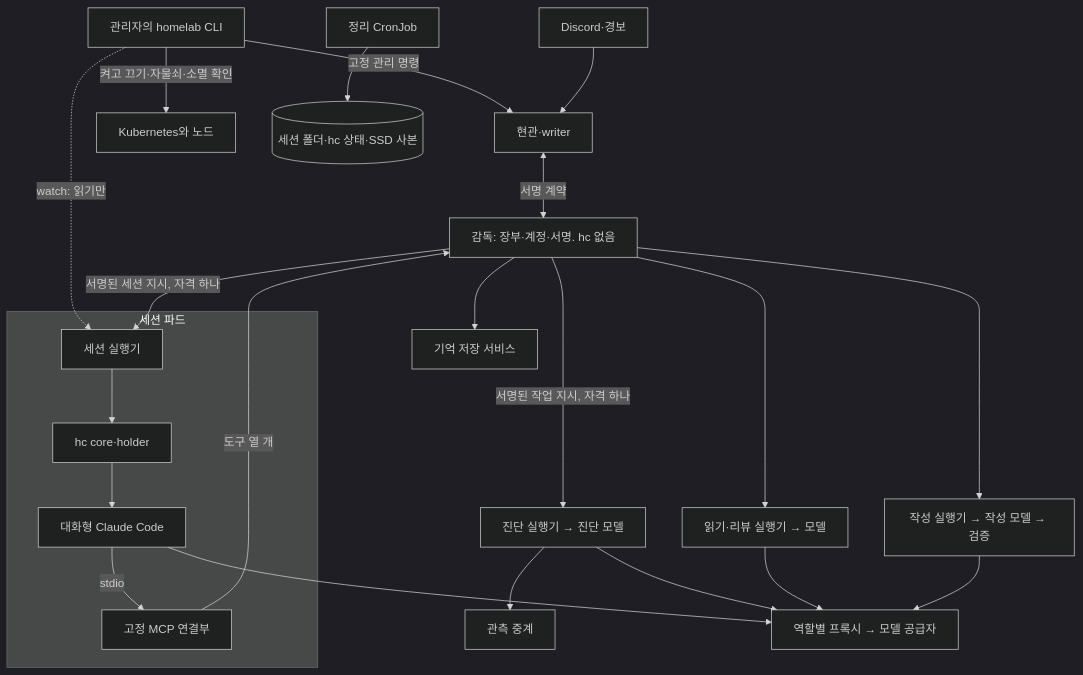
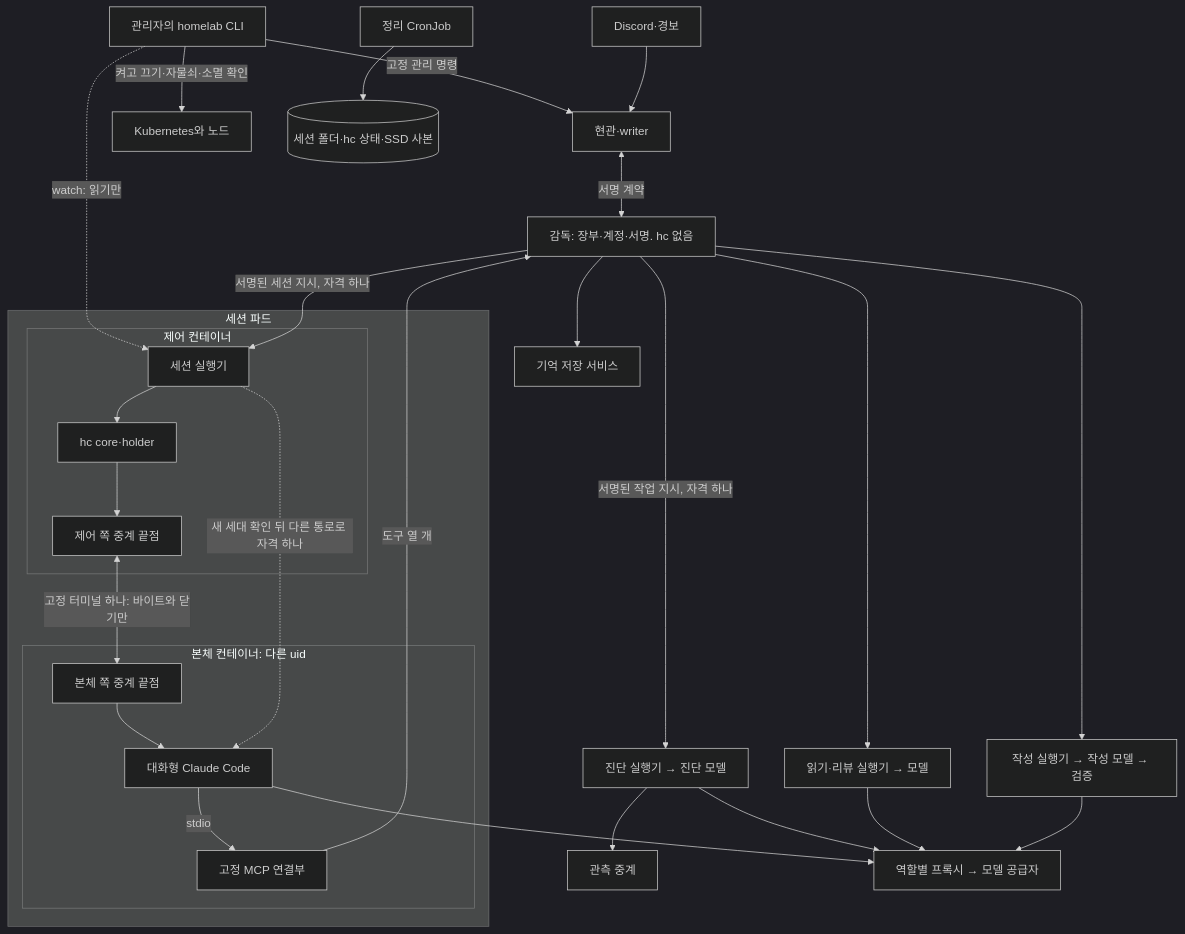
Before and after one commit to ukyi-app/homelab: the diagram in docs/plans/2026-11-13-olive/supervisor.md, drawn with Mermaid (dark theme). The commit also changed other lines of this file and 12 other files, not shown here.

````diff
--- a/docs/plans/2026-11-13-olive/supervisor.md
+++ b/docs/plans/2026-11-13-olive/supervisor.md
@@ -19,22 +20,29 @@
 ```mermaid
 flowchart TB
     CLI[관리자의 homelab CLI] -->|고정 관리 명령| F[현관·writer]
     CLI -->|켜고 끄기·자물쇠·소멸 확인| K[Kubernetes와 노드]
     CLI -.->|watch: 읽기만| SR
     D[Discord·경보] --> F
     F <-->|서명 계약| S[감독: 장부·계정·서명. hc 없음]
     subgraph session[세션 파드]
-      SR[세션 실행기] --> HC[hc core·holder]
-      HC --> O[대화형 Claude Code]
-      O -->|stdio| M[고정 MCP 연결부]
+      subgraph ctl[제어 컨테이너]
+        SR[세션 실행기] --> HC[hc core·holder]
+        HC --> RL[제어 쪽 중계 끝점]
+      end
+      subgraph mainc[본체 컨테이너: 다른 uid]
+        RS[본체 쪽 중계 끝점] --> O[대화형 Claude Code]
+        O -->|stdio| M[고정 MCP 연결부]
+      end
+      RL <-->|고정 터미널 하나: 바이트와 닫기만| RS
+      SR -.->|새 세대 확인 뒤 다른 통로로 자격 하나| O
     end
     S -->|서명된 세션 지시, 자격 하나| SR
     M -->|도구 열 개| S
     S -->|서명된 작업 지시, 자격 하나| W1[진단 실행기 → 진단 모델]
     S --> W2[읽기·리뷰 실행기 → 모델]
     S --> W3[작성 실행기 → 작성 모델 → 검증]
     W1 --> R[관측 중계]
     S --> MM[기억 저장 서비스]
     O & W1 & W2 & W3 --> E[역할별 프록시 → 모델 공급자]
     C[정리 CronJob] --> ST[(세션 폴더·hc 상태·SSD 사본)]
 ```
````
